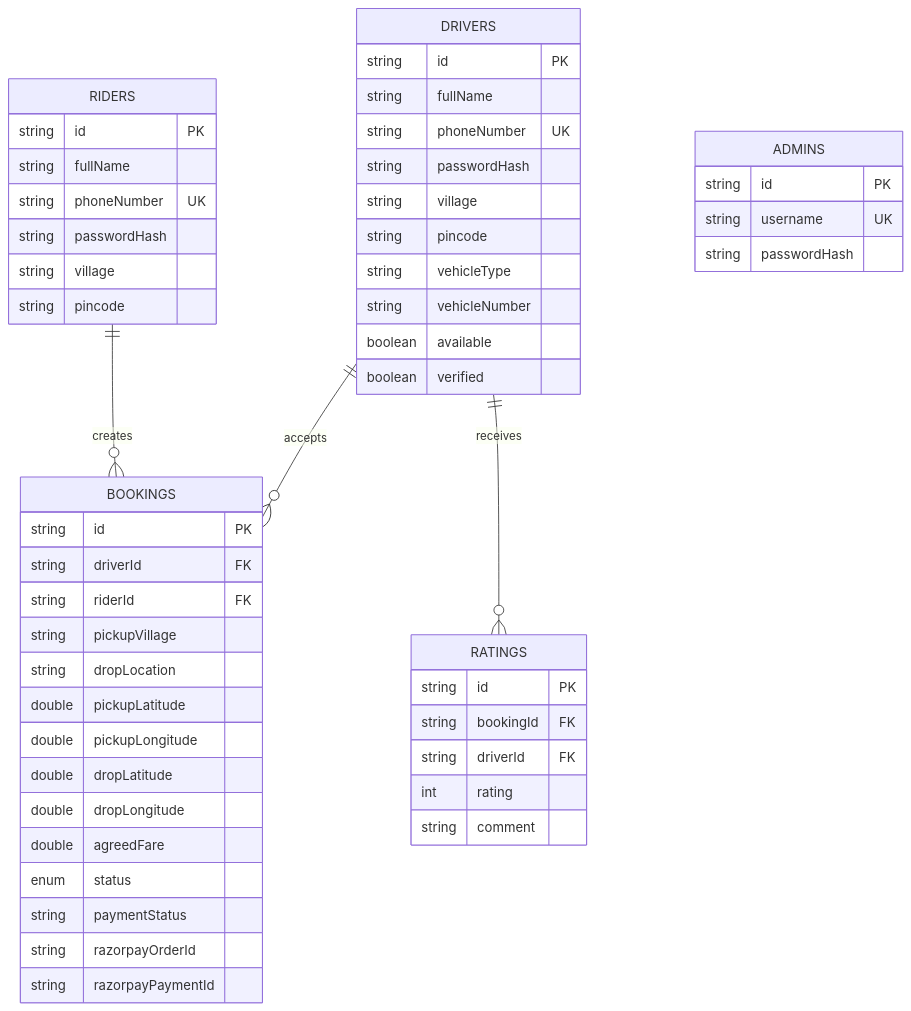
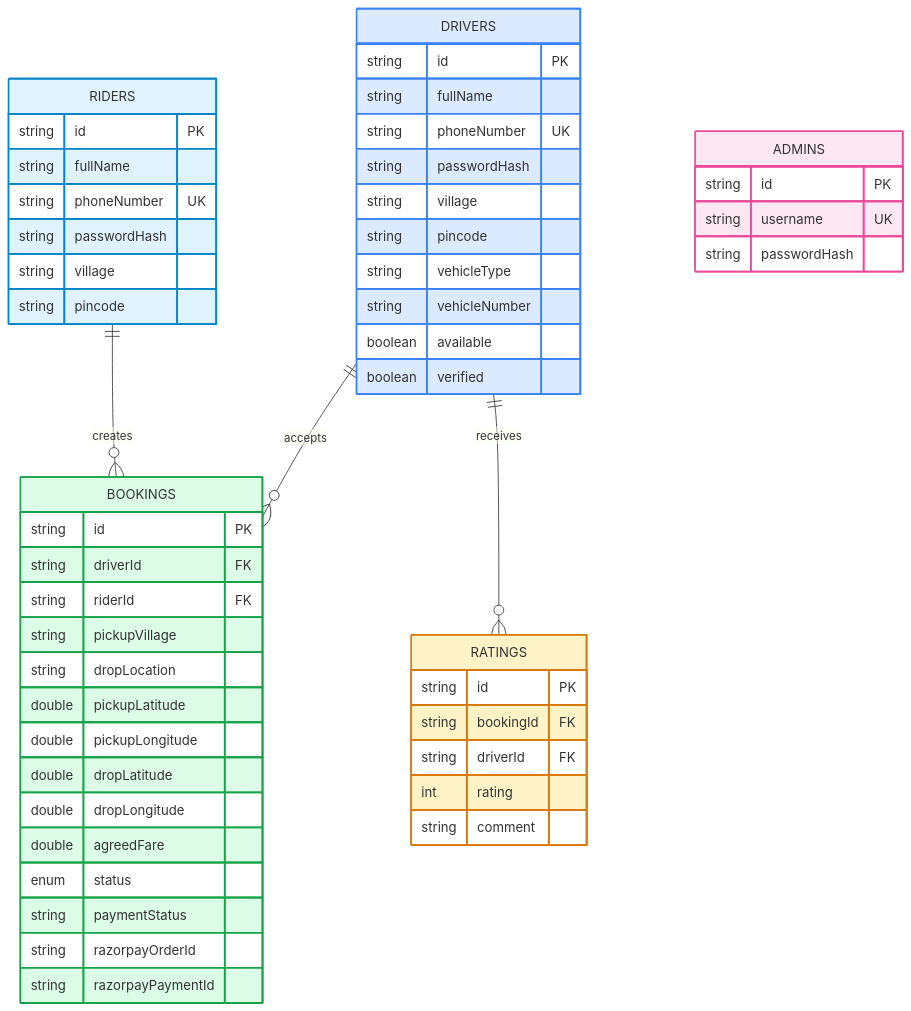
One commit to maheshshinde9100/LocalCab changed the sixth of 8 diagrams in README.md. Above: the diagram before and after it, drawn with Mermaid. The commit also changed other lines of this file and 2 other files, not shown here.

````diff
--- a/README.md
+++ b/README.md
@@ -188,59 +235,64 @@
 ```mermaid
 erDiagram
     RIDERS {
         string id PK
         string fullName
         string phoneNumber UK
         string passwordHash
         string village
         string pincode
     }
+    style RIDERS fill:#e0f2fe,stroke:#0284c7,stroke-width:2px
 
     DRIVERS {
         string id PK
         string fullName
         string phoneNumber UK
         string passwordHash
         string village
         string pincode
         string vehicleType
         string vehicleNumber
         boolean available
         boolean verified
     }
+    style DRIVERS fill:#dbeafe,stroke:#3b82f6,stroke-width:2px
 
     BOOKINGS {
         string id PK
         string driverId FK
         string riderId FK
         string pickupVillage
         string dropLocation
         double pickupLatitude
         double pickupLongitude
         double dropLatitude
         double dropLongitude
         double agreedFare
         enum status
         string paymentStatus
         string razorpayOrderId
         string razorpayPaymentId
     }
+    style BOOKINGS fill:#dcfce7,stroke:#16a34a,stroke-width:2px
 
     ADMINS {
         string id PK
         string username UK
         string passwordHash
     }
+    style ADMINS fill:#fce7f3,stroke:#ec4899,stroke-width:2px
 
     RATINGS {
         string id PK
         string bookingId FK
         string driverId FK
         int rating
         string comment
     }
+    style RATINGS fill:#fef3c7,stroke:#d97706,stroke-width:2px
 
     DRIVERS ||--o{ BOOKINGS : accepts
     RIDERS ||--o{ BOOKINGS : creates
     DRIVERS ||--o{ RATINGS : receives
 ```
````
